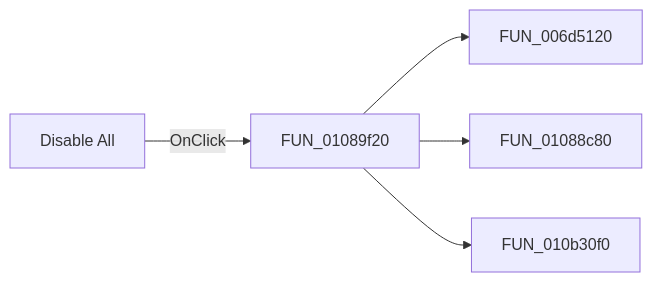
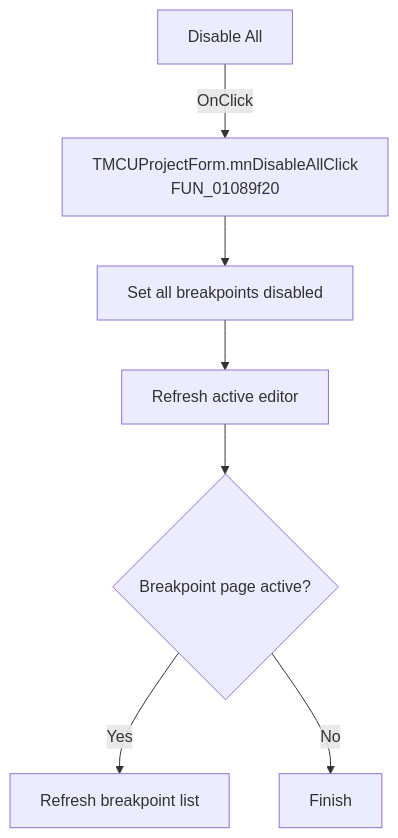
One commit to MovGP0/TIARA changed the diagram in docs/ui-controls/mcuprojectform/mndisableall-ac6acf5ca5.md. Above: the diagram before and after it, drawn with Mermaid. The commit also changed other lines of this file and 1062 other files, not shown here.

````diff
--- a/docs/ui-controls/mcuprojectform/mndisableall-ac6acf5ca5.md
+++ b/docs/ui-controls/mcuprojectform/mndisableall-ac6acf5ca5.md
@@ -27,7 +27,9 @@
 ```mermaid
-flowchart LR
-    control["Disable All"] -->|OnClick| handler["FUN_01089f20"]
-    handler --> call1["FUN_006d5120"]
-    handler --> call2["FUN_01088c80"]
-    handler --> call3["FUN_010b30f0"]
+flowchart TD
+    control["Disable All"] -->|OnClick| handler["TMCUProjectForm.mnDisableAllClick<br/>FUN_01089f20"]
+    handler --> disable["Set all breakpoints disabled"]
+    disable --> editor["Refresh active editor"]
+    editor --> page{"Breakpoint page active?"}
+    page -->|Yes| panel["Refresh breakpoint list"]
+    page -->|No| done["Finish"]
 ```
````
